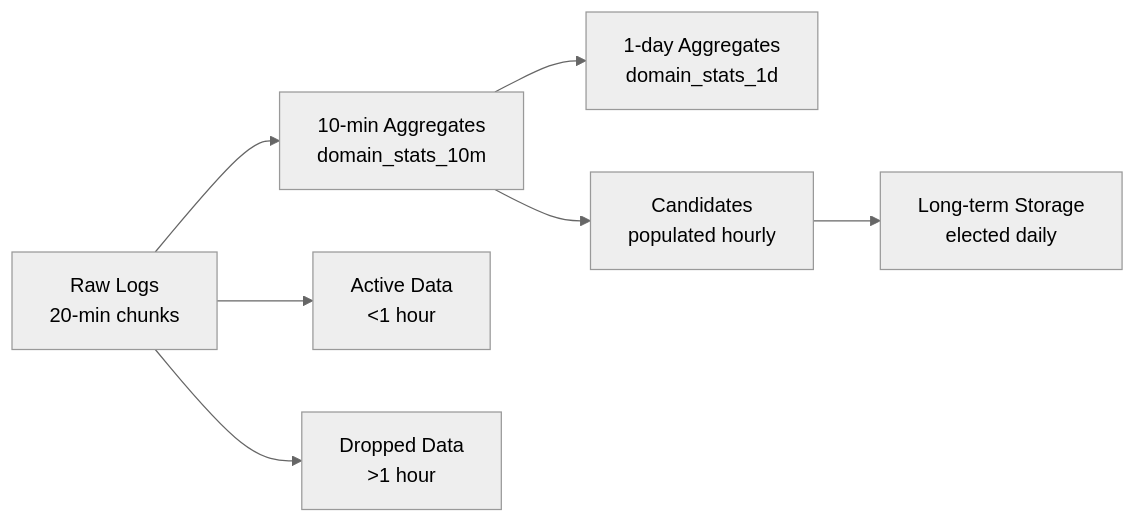
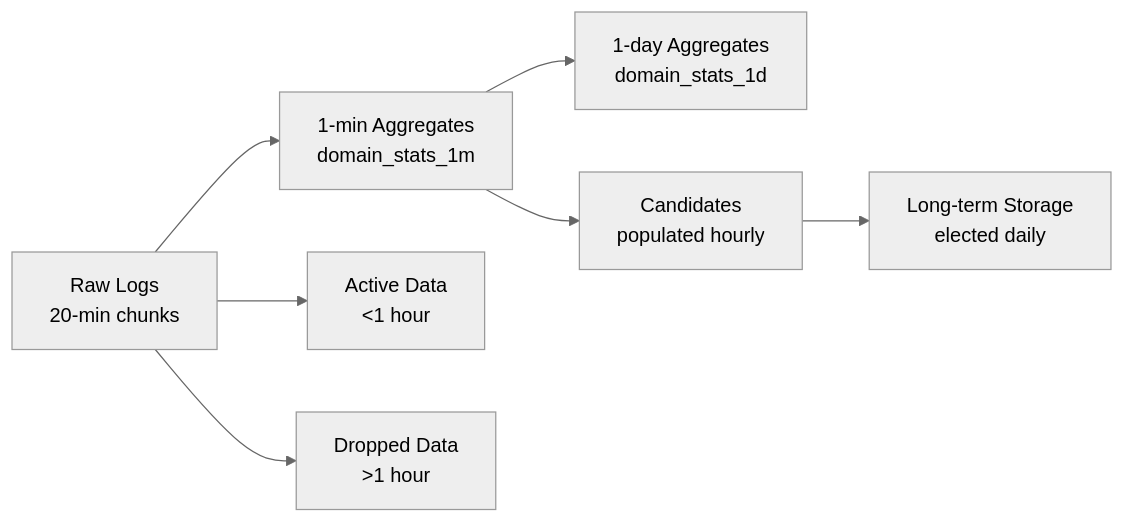
One commit to jonatas/timescaledb-templates changed the third of 3 diagrams in webtop/README.md. Above: the diagram before and after it, drawn with Mermaid (neutral theme). The commit also changed other lines of this file and 5 other files, not shown here.

````diff
--- a/webtop/README.md
+++ b/webtop/README.md
@@ -455,9 +455,9 @@
 ```mermaid
 graph LR
-    A[Raw Logs<br/>20-min chunks] --> B[10-min Aggregates<br/>domain_stats_10m]
+    A[Raw Logs<br/>20-min chunks] --> B[1-min Aggregates<br/>domain_stats_1m]
     B --> C[1-day Aggregates<br/>domain_stats_1d]
     B --> D[Candidates<br/>populated hourly]
     D --> E[Long-term Storage<br/>elected daily]
     A --> F[Active Data<br/><1 hour]
     A --> G[Dropped Data<br/>>1 hour]
 ```
````
